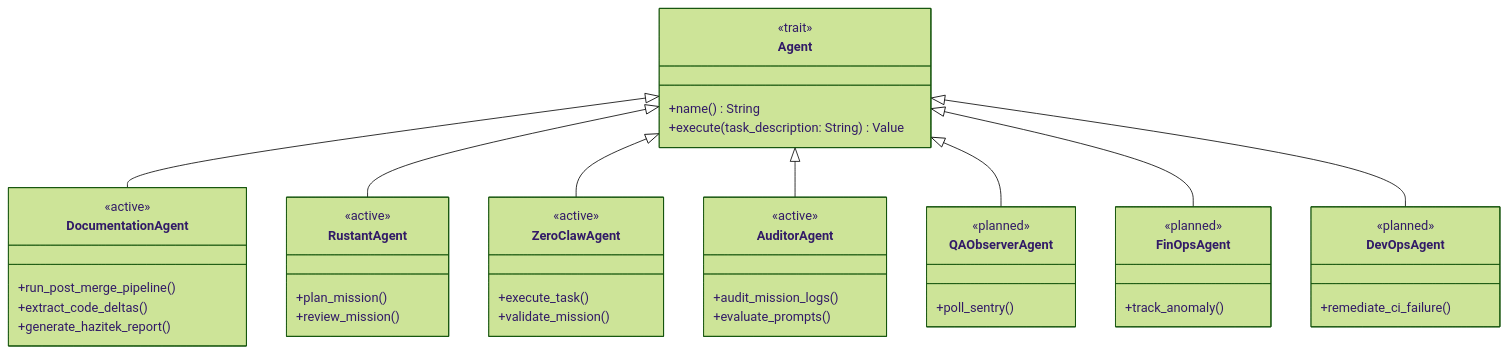
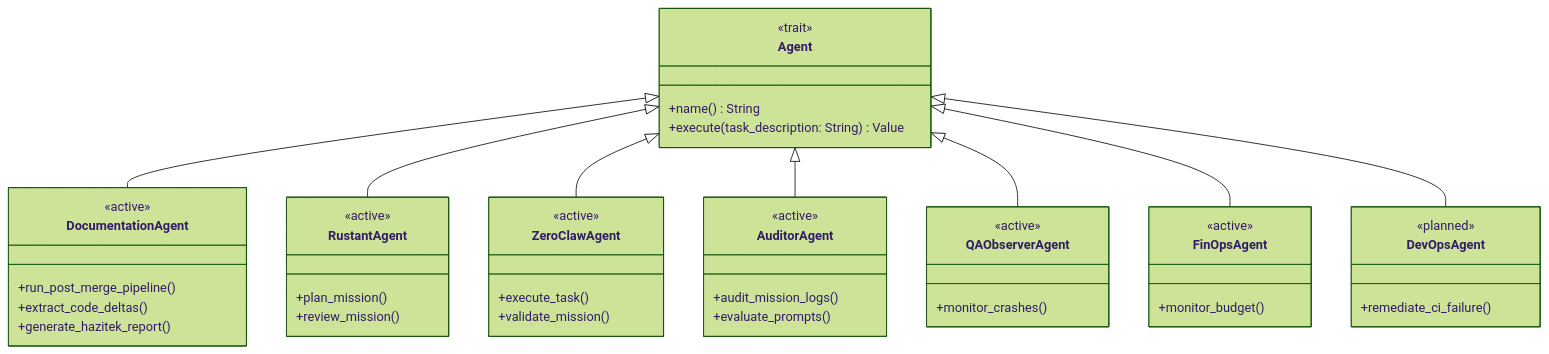
Before and after one commit to lgcorzo/rust_CACD_autonomous_factory: the third of 4 diagrams in wiki/AGENT-SPECIFICATIONS.md, drawn with Mermaid (forest theme). The commit also changed other lines of this file and 28 other files, not shown here.

````diff
--- a/wiki/AGENT-SPECIFICATIONS.md
+++ b/wiki/AGENT-SPECIFICATIONS.md
@@ -125,49 +179,49 @@
 ```mermaid
 classDiagram
     class Agent {
         <<trait>>
         +name() String
         +execute(task_description: String) Value
     }
     class DocumentationAgent {
         <<active>>
         +run_post_merge_pipeline()
         +extract_code_deltas()
         +generate_hazitek_report()
     }
     class RustantAgent {
         <<active>>
         +plan_mission()
         +review_mission()
     }
     class ZeroClawAgent {
         <<active>>
         +execute_task()
         +validate_mission()
     }
     class AuditorAgent {
         <<active>>
         +audit_mission_logs()
         +evaluate_prompts()
     }
     class QAObserverAgent {
-        <<planned>>
-        +poll_sentry()
+        <<active>>
+        +monitor_crashes()
     }
     class FinOpsAgent {
-        <<planned>>
-        +track_anomaly()
+        <<active>>
+        +monitor_budget()
     }
     class DevOpsAgent {
         <<planned>>
         +remediate_ci_failure()
     }
     
     Agent <|-- DocumentationAgent
     Agent <|-- RustantAgent
     Agent <|-- ZeroClawAgent
     Agent <|-- AuditorAgent
     Agent <|-- QAObserverAgent
     Agent <|-- FinOpsAgent
     Agent <|-- DevOpsAgent
 ```
````
